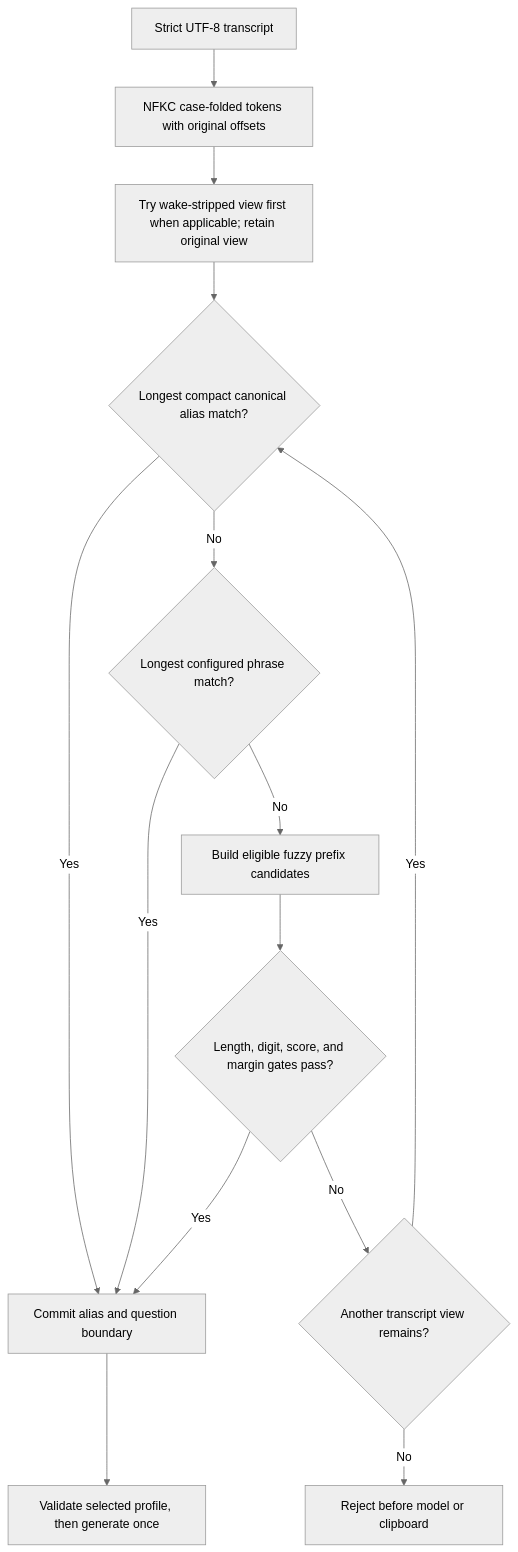
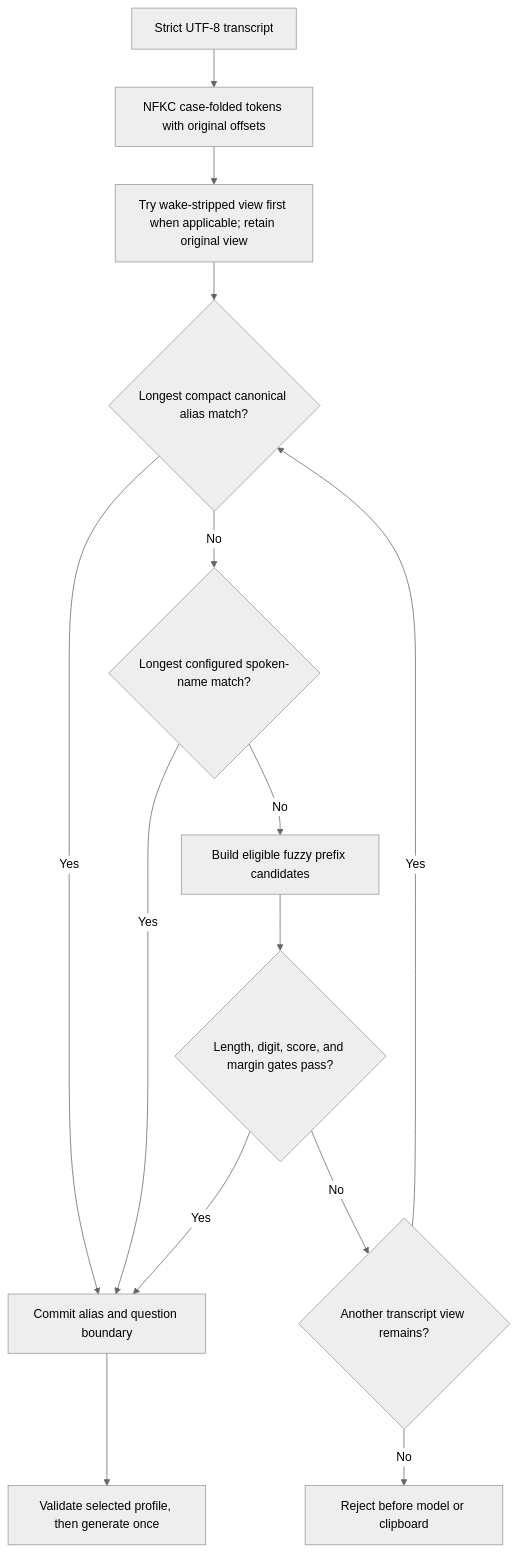
The third of 3 diagrams in docs/plans/2026-07-30-001-feat-macos-voice-shortcut-plan.md (swartzrock/llm-now), drawn with Mermaid (neutral theme) before and after one commit. The commit also changed other lines of this file and 20 other files, not shown here.

````diff
--- a/docs/plans/2026-07-30-001-feat-macos-voice-shortcut-plan.md
+++ b/docs/plans/2026-07-30-001-feat-macos-voice-shortcut-plan.md
@@ -355,16 +355,16 @@
 ```mermaid
 flowchart TB
   A["Strict UTF-8 transcript"] --> B["NFKC case-folded tokens with original offsets"]
   B --> C["Try wake-stripped view first when applicable; retain original view"]
   C --> D{"Longest compact canonical alias match?"}
   D -->|Yes| K["Commit alias and question boundary"]
-  D -->|No| E{"Longest configured phrase match?"}
+  D -->|No| E{"Longest configured spoken-name match?"}
   E -->|Yes| K
   E -->|No| F["Build eligible fuzzy prefix candidates"]
   F --> G{"Length, digit, score, and margin gates pass?"}
   G -->|Yes| K
   G -->|No| H{"Another transcript view remains?"}
   H -->|Yes| D
   H -->|No| I["Reject before model or clipboard"]
   K --> J["Validate selected profile, then generate once"]
 ```
````
